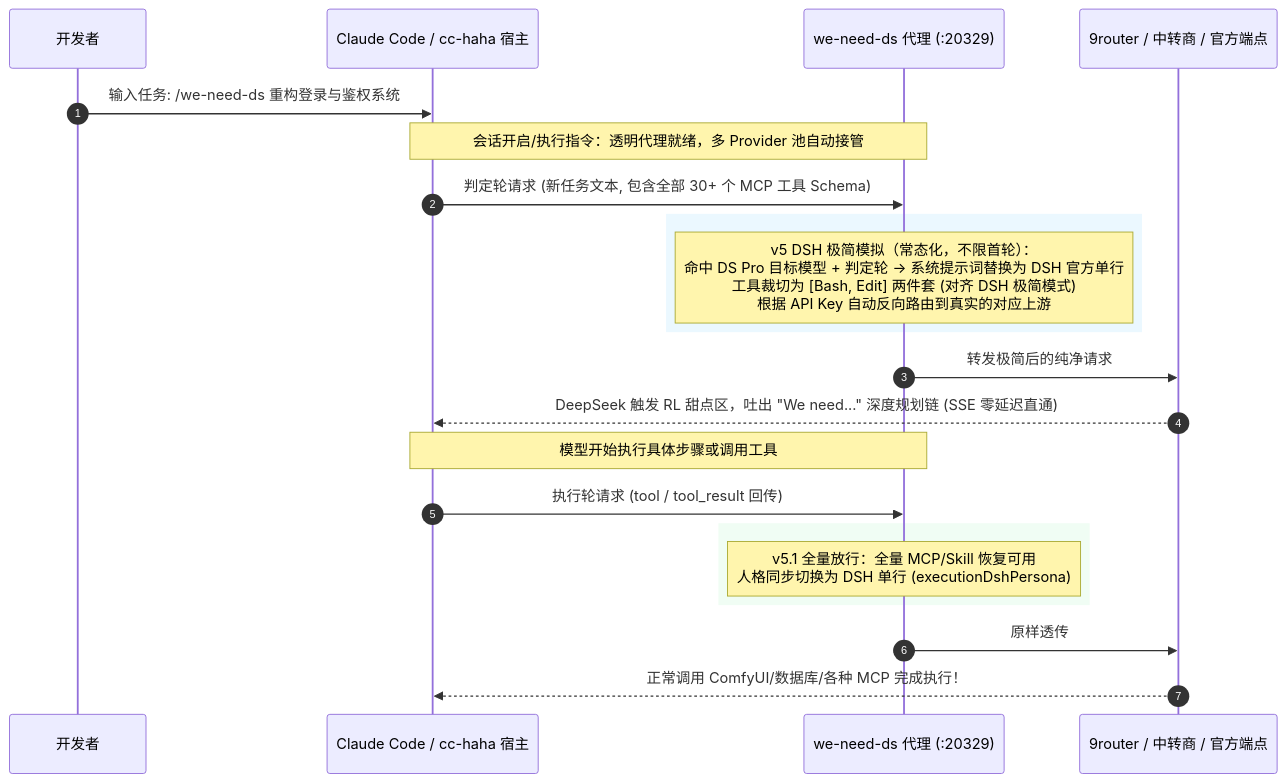
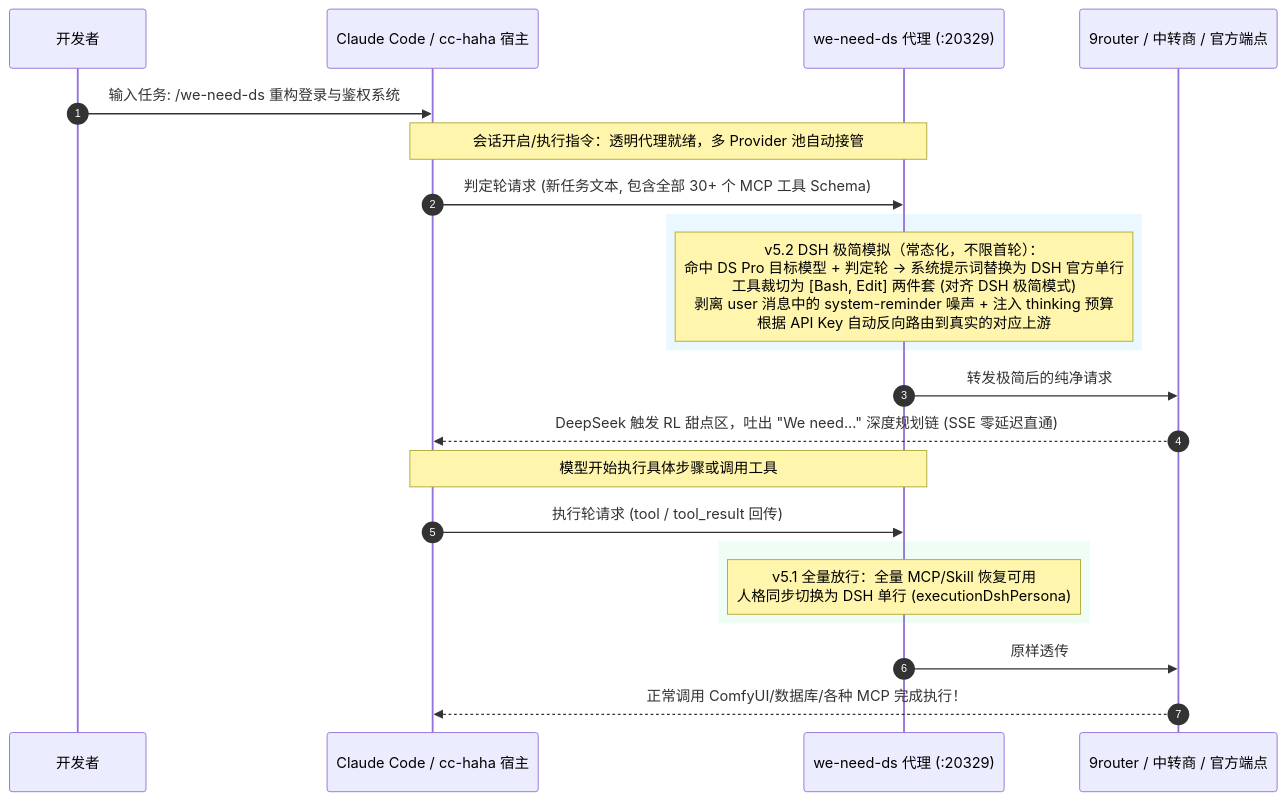
One commit to YixuAnsensei/we-need-ds changed the diagram in README.md. Above: the diagram before and after it, drawn with Mermaid. The commit also changed other lines of this file and 9 other files, not shown here.

First line of the commit message:
fix: 判定轮注入 thinking + 剥离 system-reminder，修复 "We need" 实测不触发 (v2.4.3)

````diff
--- a/README.md
+++ b/README.md
@@ -37,29 +37,29 @@
 ```mermaid
 sequenceDiagram
     autonumber
     participant User as 开发者
     participant CC as Claude Code / cc-haha 宿主
     participant Proxy as we-need-ds 代理 (:20329)
     participant Router as 9router / 中转商 / 官方端点
 
     User->>CC: 输入任务: /we-need-ds 重构登录与鉴权系统
     Note over CC,Proxy: 会话开启/执行指令：透明代理就绪，多 Provider 池自动接管
     CC->>Proxy: 判定轮请求 (新任务文本, 包含全部 30+ 个 MCP 工具 Schema)
     
     rect rgb(235, 248, 255)
-    Note over Proxy: v5 DSH 极简模拟（常态化，不限首轮）：<br/>命中 DS Pro 目标模型 + 判定轮 → 系统提示词替换为 DSH 官方单行<br/>工具裁切为 [Bash, Edit] 两件套 (对齐 DSH 极简模式)<br/>根据 API Key 自动反向路由到真实的对应上游
+    Note over Proxy: v5.2 DSH 极简模拟（常态化，不限首轮）：<br/>命中 DS Pro 目标模型 + 判定轮 → 系统提示词替换为 DSH 官方单行<br/>工具裁切为 [Bash, Edit] 两件套 (对齐 DSH 极简模式)<br/>剥离 user 消息中的 system-reminder 噪声 + 注入 thinking 预算<br/>根据 API Key 自动反向路由到真实的对应上游
     end
     
     Proxy->>Router: 转发极简后的纯净请求
     Router-->>CC: DeepSeek 触发 RL 甜点区，吐出 "We need..." 深度规划链 (SSE 零延迟直通)
     
     Note over CC,Proxy: 模型开始执行具体步骤或调用工具
     CC->>Proxy: 执行轮请求 (tool / tool_result 回传)
     
     rect rgb(240, 253, 244)
     Note over Proxy: v5.1 全量放行：全量 MCP/Skill 恢复可用<br/>人格同步切换为 DSH 单行 (executionDshPersona)
     end
     
     Proxy->>Router: 原样透传
     Router-->>CC: 正常调用 ComfyUI/数据库/各种 MCP 完成执行！
 ```
````
